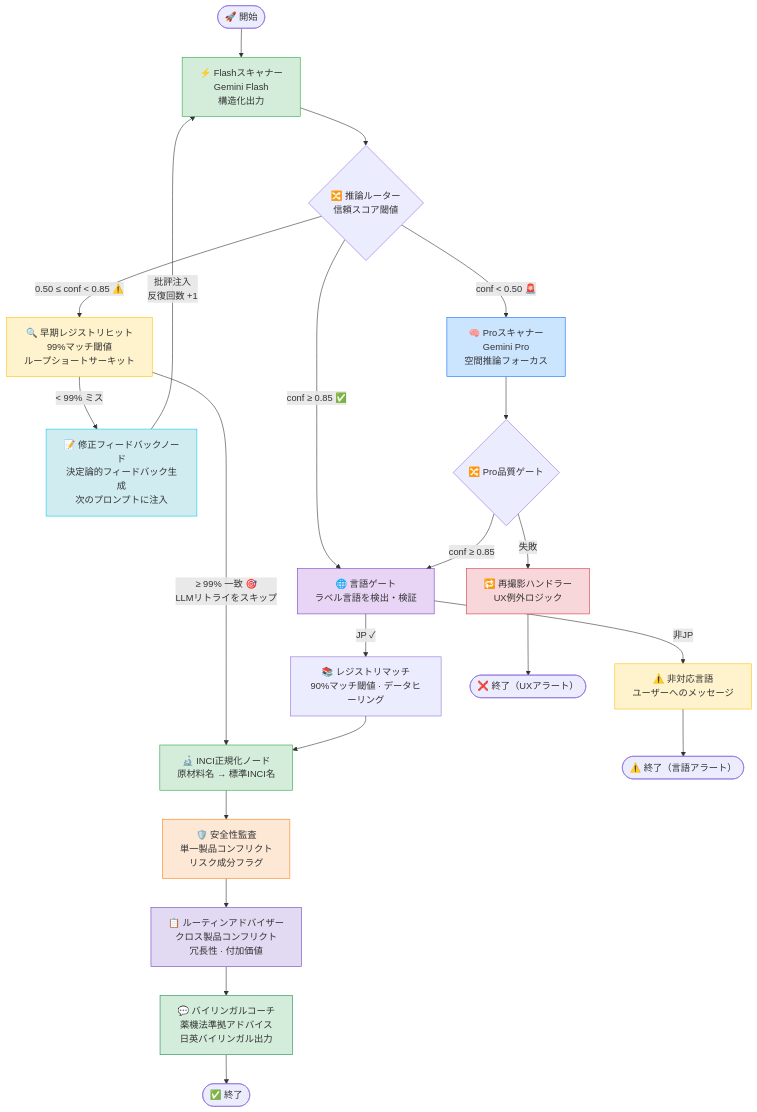
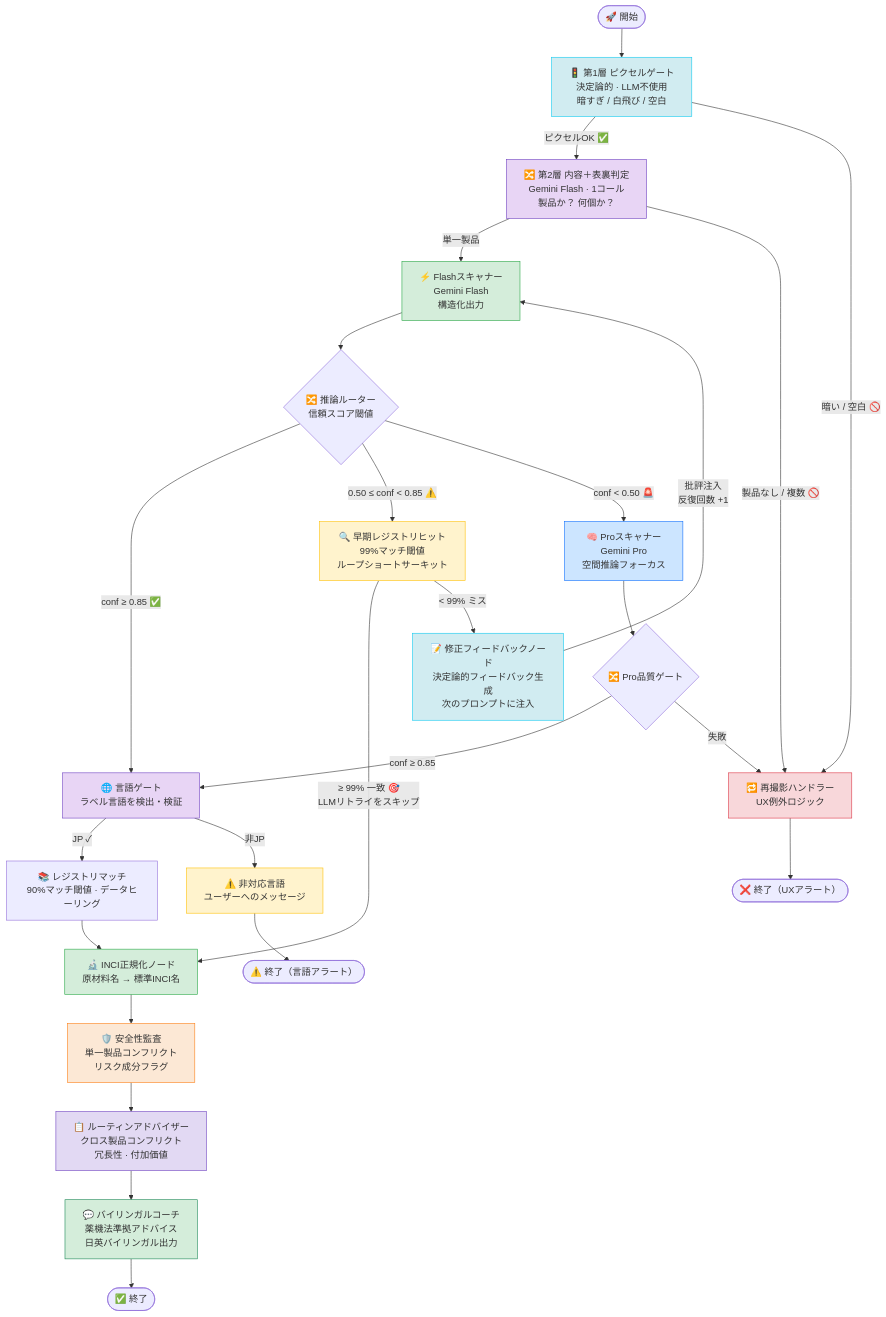
The second of 6 diagrams in README.md (dvallslanaquera/skingraph), drawn with Mermaid before and after one commit. The commit also changed other lines of this file and 15 other files, not shown here.

````diff
--- a/README.md
+++ b/README.md
@@ -89,59 +90,67 @@
 ```mermaid
 flowchart TD
     Start(["🚀 開始"])
+    Quality["🚦 第1層 ピクセルゲート\n決定論的 · LLM不使用\n暗すぎ / 白飛び / 空白"]
+    Classify["🔀 第2層 内容＋表裏判定\nGemini Flash · 1コール\n製品か？ 何個か？"]
     Flash["⚡ Flashスキャナー\nGemini Flash\n構造化出力"]
     Router{"🔀 推論ルーター\n信頼スコア閾値"}
     EarlyCheck["🔍 早期レジストリヒット\n99%マッチ閾値\nループショートサーキット"]
     Correction["📝 修正フィードバックノード\n決定論的フィードバック生成\n次のプロンプトに注入"]
     Pro["🧠 Proスキャナー\nGemini Pro\n空間推論フォーカス"]
     LangGate["🌐 言語ゲート\nラベル言語を検出・検証"]
     RegLookup["📚 レジストリマッチ\n90%マッチ閾値 · データヒーリング"]
     Normalizer["🔬 INCI正規化ノード\n原材料名 → 標準INCI名"]
     Auditor["🛡️ 安全性監査\n単一製品コンフリクト\nリスク成分フラグ"]
     RoutineAdvisor["📋 ルーティンアドバイザー\nクロス製品コンフリクト\n冗長性 · 付加価値"]
     Coach["💬 バイリンガルコーチ\n薬機法準拠アドバイス\n日英バイリンガル出力"]
     ProRouter{"🔀 Pro品質ゲート"}
     Retake["🔁 再撮影ハンドラー\nUX例外ロジック"]
     Unsupported["⚠️ 非対応言語\nユーザーへのメッセージ"]
     EndOK(["✅ 終了"])
     EndRetake(["❌ 終了（UXアラート）"])
     EndLang(["⚠️ 終了（言語アラート）"])
 
-    Start --> Flash
+    Start --> Quality
+    Quality -->|"ピクセルOK ✅"| Classify
+    Quality -->|"暗い / 空白 🚫"| Retake
+    Classify -->|"単一製品"| Flash
+    Classify -->|"製品なし / 複数 🚫"| Retake
     Flash --> Router
 
     Router -->|"conf ≥ 0.85 ✅"| LangGate
     Router -->|"0.50 ≤ conf < 0.85 ⚠️"| EarlyCheck
     Router -->|"conf < 0.50 🚨"| Pro
 
     EarlyCheck -->|"≥ 99% 一致 🎯\nLLMリトライをスキップ"| Normalizer
     EarlyCheck -->|"< 99% ミス"| Correction
     Correction -->|"批評注入\n反復回数 +1"| Flash
 
     Pro --> ProRouter
     ProRouter -->|"conf ≥ 0.85"| LangGate
     ProRouter -->|"失敗"| Retake
     Retake --> EndRetake
 
     LangGate -->|"JP ✓"| RegLookup
     LangGate -->|"非JP"| Unsupported
     Unsupported --> EndLang
 
     RegLookup --> Normalizer
     Normalizer --> Auditor
     Auditor --> RoutineAdvisor
     RoutineAdvisor --> Coach
     Coach --> EndOK
 
+    style Quality fill:#d1ecf1,stroke:#0dcaf0
+    style Classify fill:#e8d5f5,stroke:#6f42c1
     style EarlyCheck fill:#fff3cd,stroke:#ffc107
     style Correction fill:#d1ecf1,stroke:#0dcaf0
     style Retake fill:#f8d7da,stroke:#dc3545
     style Flash fill:#d4edda,stroke:#28a745
     style Pro fill:#cce5ff,stroke:#0d6efd
     style LangGate fill:#e8d5f5,stroke:#6f42c1
     style Normalizer fill:#d4edda,stroke:#28a745
     style Unsupported fill:#fff3cd,stroke:#ffc107
     style Auditor fill:#fce8d5,stroke:#fd7e14
     style RoutineAdvisor fill:#e2d9f3,stroke:#6f42c1
     style Coach fill:#d4edda,stroke:#198754
 ```
````
